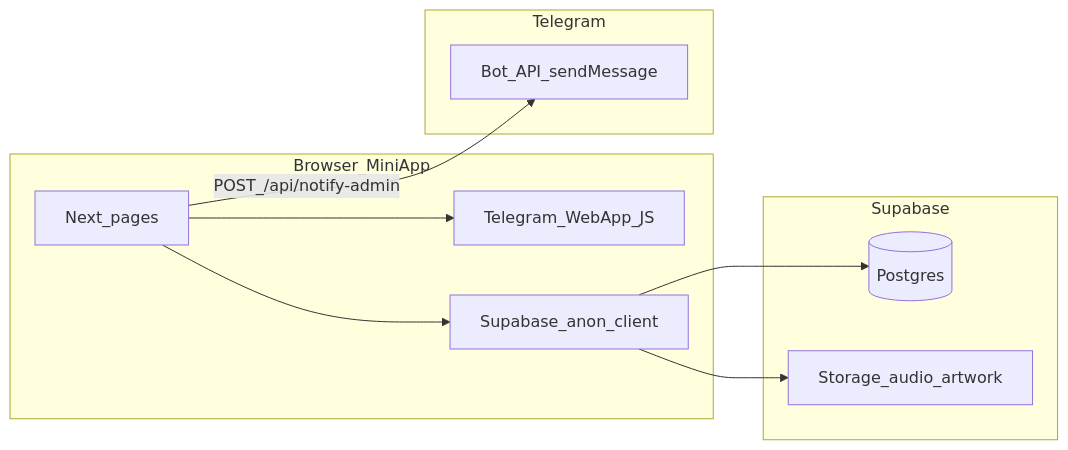
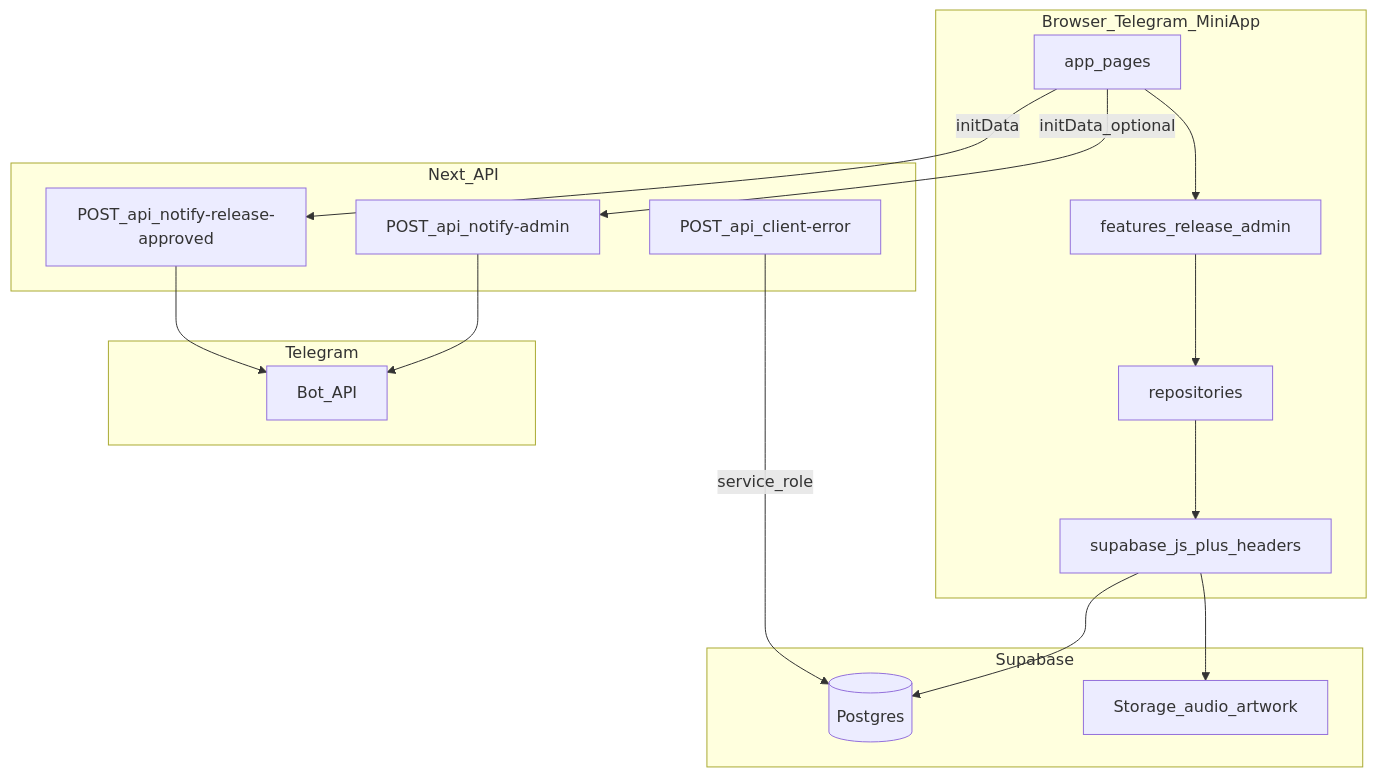
The diagram in docs/PROJECT_OVERVIEW.md (Kisser2003/tg-mini-app), drawn with Mermaid before and after one commit. The commit also changed other lines of this file and 52 other files, not shown here.

````diff
--- a/docs/PROJECT_OVERVIEW.md
+++ b/docs/PROJECT_OVERVIEW.md
@@ -79,20 +175,31 @@
 ```mermaid
-flowchart LR
-  subgraph client [Browser_MiniApp]
-    UI[Next_pages]
-    TG[Telegram_WebApp_JS]
-    SB[Supabase_anon_client]
+flowchart TB
+  subgraph client [Browser_Telegram_MiniApp]
+    Pages[app_pages]
+    Feat[features_release_admin]
+    Repo[repositories]
+    SBClient[supabase_js_plus_headers]
   end
-  subgraph telegram [Telegram]
-    BotAPI[Bot_API_sendMessage]
+  subgraph nextapi [Next_API]
+    CE[POST_api_client-error]
+    NA[POST_api_notify-admin]
+    NR[POST_api_notify-release-approved]
   end
   subgraph supa [Supabase]
-    DB[(Postgres)]
-    Storage[Storage_audio_artwork]
+    PG[(Postgres)]
+    St[Storage_audio_artwork]
   end
-  UI --> TG
-  UI --> SB
-  SB --> DB
-  SB --> Storage
-  UI -->|POST_/api/notify-admin| BotAPI
+  subgraph tg [Telegram]
+    Bot[Bot_API]
+  end
+  Pages --> Feat
+  Feat --> Repo
+  Repo --> SBClient
+  SBClient --> PG
+  SBClient --> St
+  Pages -->|initData_optional| NA
+  Pages -->|initData| NR
+  NA --> Bot
+  NR --> Bot
+  CE -->|service_role| PG
 ```
````
